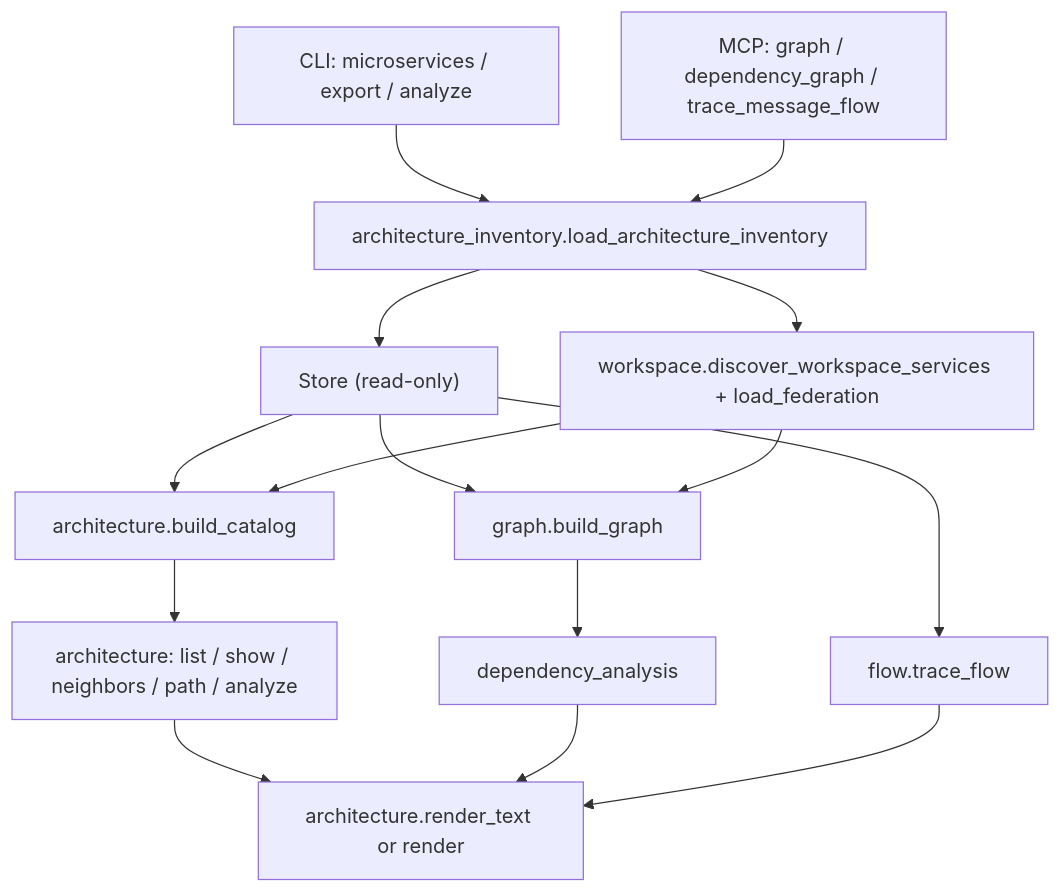
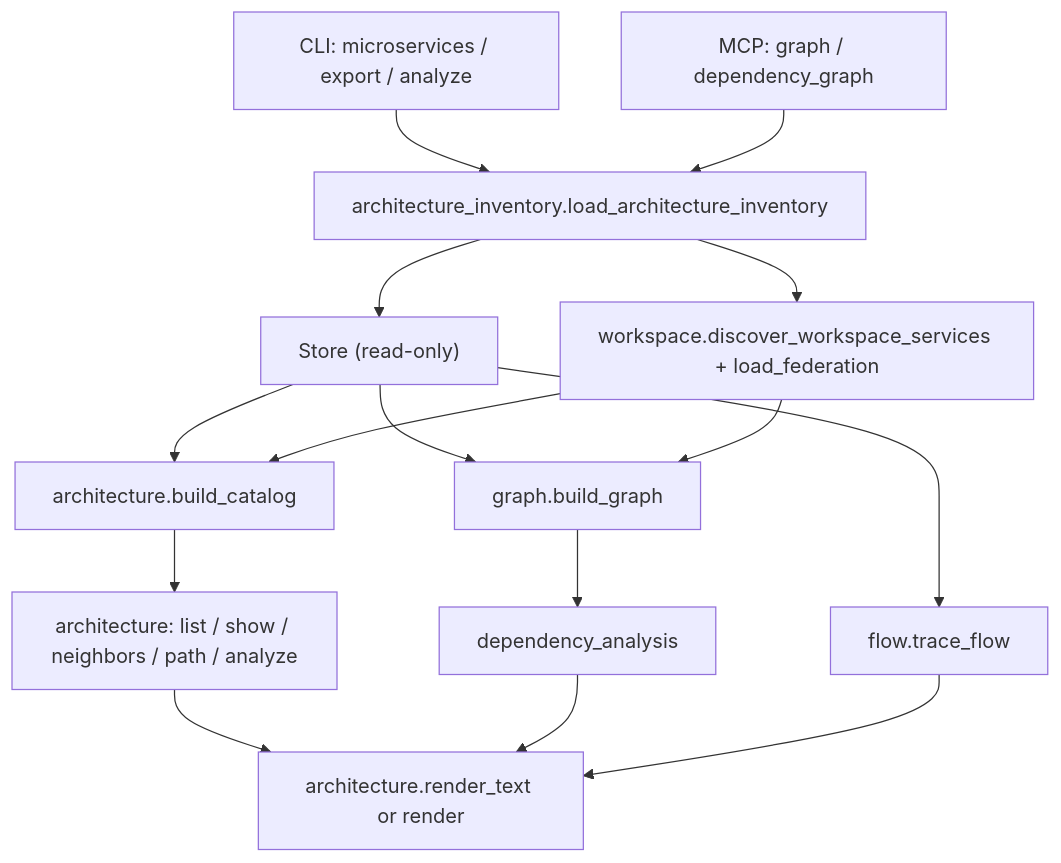
One commit to elkouhen/ccc-radar changed the third of 3 diagrams in docs/ARCHITECTURE.md. Above: the diagram before and after it, drawn with Mermaid.

Commit message:
docs: correct architecture inventory call path

````diff
--- a/docs/ARCHITECTURE.md
+++ b/docs/ARCHITECTURE.md
@@ -77,17 +77,17 @@
 ```mermaid
 flowchart TD
     CLI["CLI: microservices / export / analyze"] --> InventoryLoader
-    MCP["MCP: graph / dependency_graph / trace_message_flow"] --> InventoryLoader
+    MCP["MCP: graph / dependency_graph"] --> InventoryLoader
     InventoryLoader["architecture_inventory.load_architecture_inventory"] --> Store["Store (read-only)"]
     InventoryLoader --> Federation["workspace.discover_workspace_services + load_federation"]
     Store --> Catalog["architecture.build_catalog"]
     Federation --> Catalog
     Catalog --> Architecture["architecture: list / show / neighbors / path / analyze"]
     Store --> Graph["graph.build_graph"]
     Federation --> Graph
     Graph --> Dependencies["dependency_analysis"]
     Store --> Flow["flow.trace_flow"]
     Architecture --> Render["architecture.render_text or render"]
     Dependencies --> Render
     Flow --> Render
 ```
````
